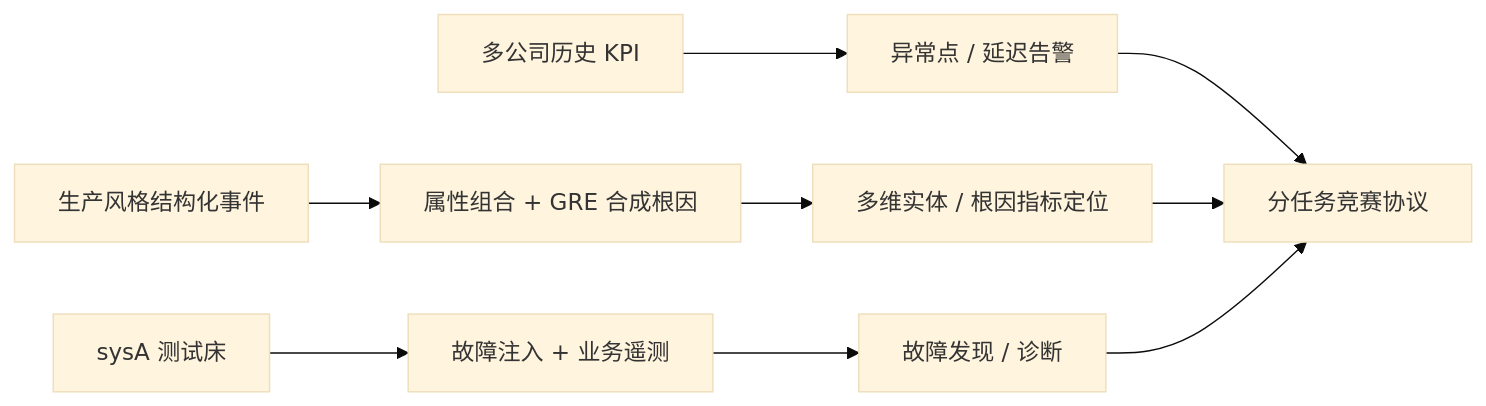
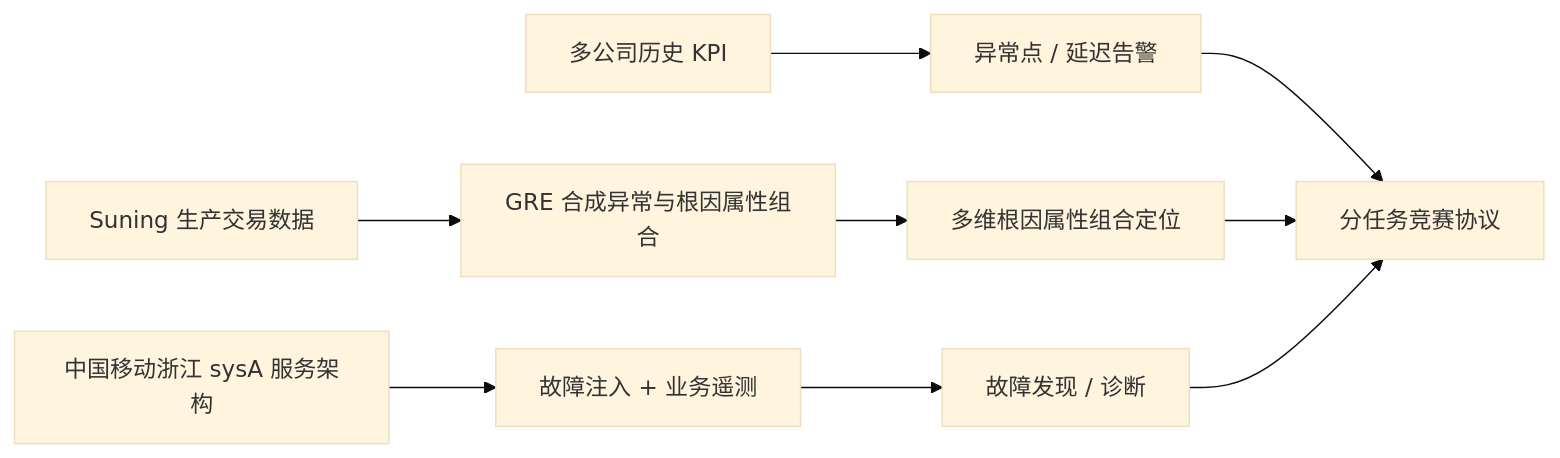
Before and after one commit to RyanQT7/agent-knowledge: the diagram in papers/benchmark/constructing-aiops-benchmark/notes.md, drawn with Mermaid (base theme). The commit also changed 19 other files, not shown here.

````diff
--- a/papers/benchmark/constructing-aiops-benchmark/notes.md
+++ b/papers/benchmark/constructing-aiops-benchmark/notes.md
@@ -14,11 +14,11 @@
 ```mermaid
 flowchart LR
   A[多公司历史 KPI] --> AD[异常点 / 延迟告警]
-  B[生产风格结构化事件] --> GRE[属性组合 + GRE 合成根因]
-  GRE --> LOC[多维实体 / 根因指标定位]
-  C[sysA 测试床] --> INJ[故障注入 + 业务遥测]
+  B[Suning 生产交易数据] --> GRE[GRE 合成异常与根因属性组合]
+  GRE --> LOC[多维根因属性组合定位]
+  C[中国移动浙江 sysA 服务架构] --> INJ[故障注入 + 业务遥测]
   INJ --> RCA[故障发现 / 诊断]
   AD --> COMP[分任务竞赛协议]
   LOC --> COMP
   RCA --> COMP
 ```
````
